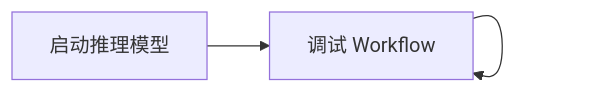
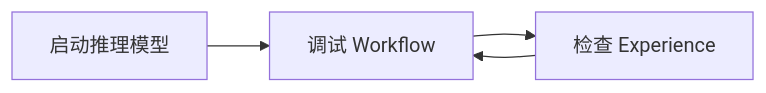
Before and after one commit to modelscope/Trinity-RFT: the second of 2 diagrams in zh/main/_sources/tutorial/develop_workflow.md, drawn with Mermaid. The commit also changed other lines of this file and 2017 other files, not shown here.

````diff
--- a/zh/main/_sources/tutorial/develop_workflow.md
+++ b/zh/main/_sources/tutorial/develop_workflow.md
@@ -495,5 +495,6 @@
 ```{mermaid}
 flowchart LR
     A[启动推理模型] --> B[调试 Workflow]
-    B --> B
+    B --> C[检查 Experience]
+    C --> B
 ```
````
